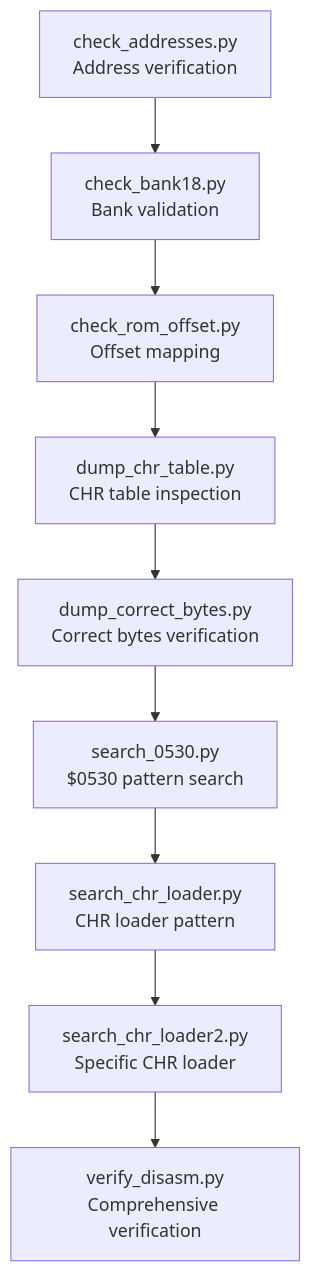
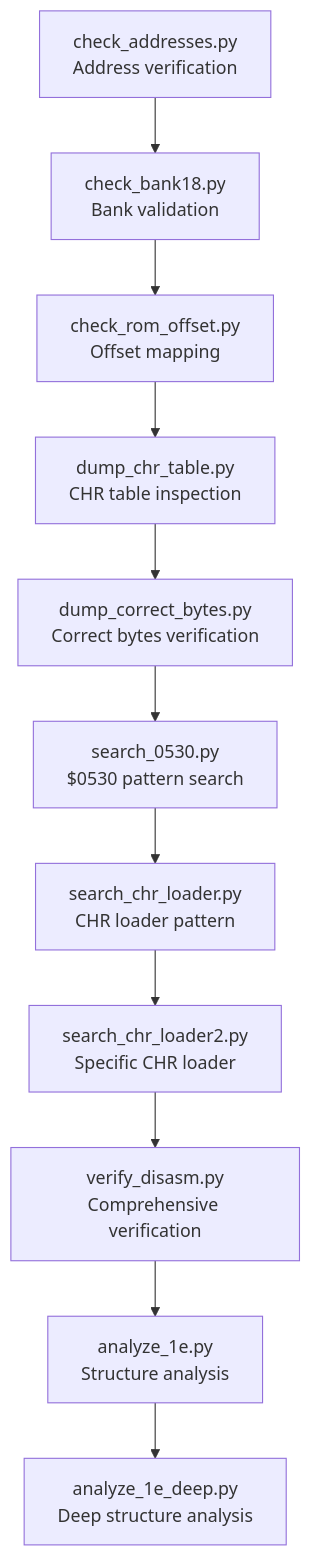
Diagram 13 of 14 in .qoder/repowiki/en/content/Build System and Tools/Build System and Tools.md (rabbyzero/sango2dasm), drawn with Mermaid before and after one commit. The commit also changed other lines of this file and 15 other files, not shown here.

````diff
--- a/.qoder/repowiki/en/content/Build System and Tools/Build System and Tools.md
+++ b/.qoder/repowiki/en/content/Build System and Tools/Build System and Tools.md
@@ -1143,11 +1292,13 @@
 ```mermaid
 flowchart TD
 AT1["check_addresses.py<br/>Address verification"] --> AT2["check_bank18.py<br/>Bank validation"]
 AT2 --> AT3["check_rom_offset.py<br/>Offset mapping"]
 AT3 --> AT4["dump_chr_table.py<br/>CHR table inspection"]
 AT4 --> AT5["dump_correct_bytes.py<br/>Correct bytes verification"]
 AT5 --> AT6["search_0530.py<br/>$0530 pattern search"]
 AT6 --> AT7["search_chr_loader.py<br/>CHR loader pattern"]
 AT7 --> AT8["search_chr_loader2.py<br/>Specific CHR loader"]
 AT8 --> AT9["verify_disasm.py<br/>Comprehensive verification"]
+AT9 --> AT10["analyze_1e.py<br/>Structure analysis"]
+AT10 --> AT11["analyze_1e_deep.py<br/>Deep structure analysis"]
 ```
````
